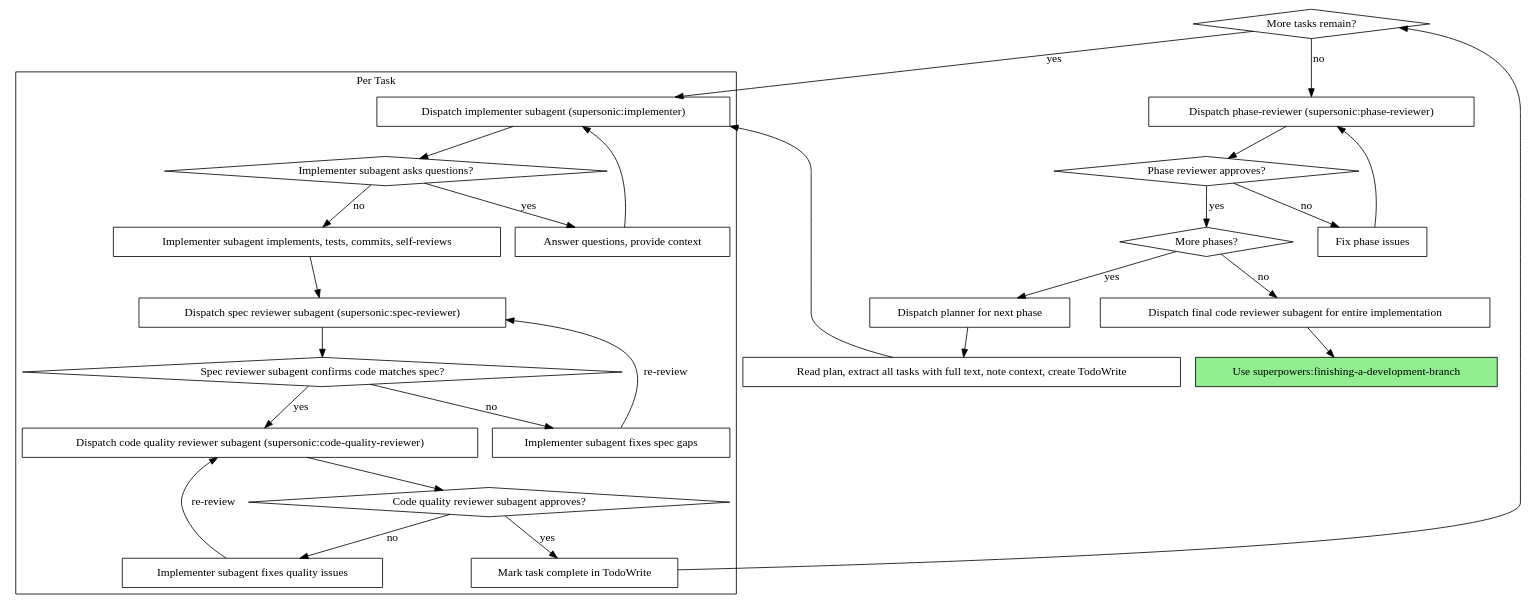
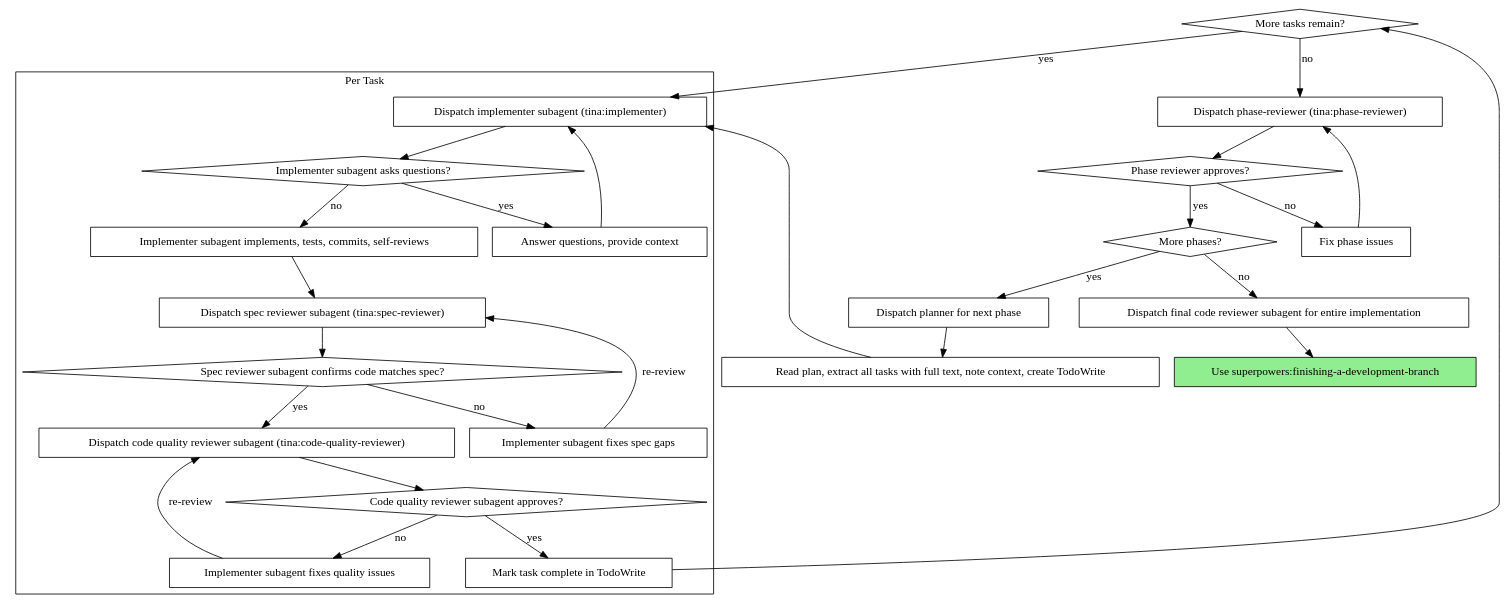
The first of 2 diagrams in skills/executing-plans/SKILL.md (joshuabates/tina), drawn with Graphviz before and after one commit. The commit also changed other lines of this file and 10 other files, not shown here.

First line of the commit message:
refactor: rename plugin from supersonic to tina

````diff
--- a/skills/executing-plans/SKILL.md
+++ b/skills/executing-plans/SKILL.md
@@ -20,56 +20,56 @@
 ```dot
 digraph process {
     rankdir=TB;
 
     subgraph cluster_per_task {
         label="Per Task";
-        "Dispatch implementer subagent (supersonic:implementer)" [shape=box];
+        "Dispatch implementer subagent (tina:implementer)" [shape=box];
         "Implementer subagent asks questions?" [shape=diamond];
         "Answer questions, provide context" [shape=box];
         "Implementer subagent implements, tests, commits, self-reviews" [shape=box];
-        "Dispatch spec reviewer subagent (supersonic:spec-reviewer)" [shape=box];
+        "Dispatch spec reviewer subagent (tina:spec-reviewer)" [shape=box];
         "Spec reviewer subagent confirms code matches spec?" [shape=diamond];
         "Implementer subagent fixes spec gaps" [shape=box];
-        "Dispatch code quality reviewer subagent (supersonic:code-quality-reviewer)" [shape=box];
+        "Dispatch code quality reviewer subagent (tina:code-quality-reviewer)" [shape=box];
         "Code quality reviewer subagent approves?" [shape=diamond];
         "Implementer subagent fixes quality issues" [shape=box];
         "Mark task complete in TodoWrite" [shape=box];
     }
 
     "Read plan, extract all tasks with full text, note context, create TodoWrite" [shape=box];
     "More tasks remain?" [shape=diamond];
-    "Dispatch phase-reviewer (supersonic:phase-reviewer)" [shape=box];
+    "Dispatch phase-reviewer (tina:phase-reviewer)" [shape=box];
     "Phase reviewer approves?" [shape=diamond];
     "Fix phase issues" [shape=box];
     "More phases?" [shape=diamond];
     "Dispatch planner for next phase" [shape=box];
     "Dispatch final code reviewer subagent for entire implementation" [shape=box];
     "Use superpowers:finishing-a-development-branch" [shape=box style=filled fillcolor=lightgreen];
 
-    "Read plan, extract all tasks with full text, note context, create TodoWrite" -> "Dispatch implementer subagent (supersonic:implementer)";
-    "Dispatch implementer subagent (supersonic:implementer)" -> "Implementer subagent asks questions?";
+    "Read plan, extract all tasks with full text, note context, create TodoWrite" -> "Dispatch implementer subagent (tina:implementer)";
+    "Dispatch implementer subagent (tina:implementer)" -> "Implementer subagent asks questions?";
     "Implementer subagent asks questions?" -> "Answer questions, provide context" [label="yes"];
-    "Answer questions, provide context" -> "Dispatch implementer subagent (supersonic:implementer)";
+    "Answer questions, provide context" -> "Dispatch implementer subagent (tina:implementer)";
     "Implementer subagent asks questions?" -> "Implementer subagent implements, tests, commits, self-reviews" [label="no"];
-    "Implementer subagent implements, tests, commits, self-reviews" -> "Dispatch spec reviewer subagent (supersonic:spec-reviewer)";
-    "Dispatch spec reviewer subagent (supersonic:spec-reviewer)" -> "Spec reviewer subagent confirms code matches spec?";
+    "Implementer subagent implements, tests, commits, self-reviews" -> "Dispatch spec reviewer subagent (tina:spec-reviewer)";
+    "Dispatch spec reviewer subagent (tina:spec-reviewer)" -> "Spec reviewer subagent confirms code matches spec?";
     "Spec reviewer subagent confirms code matches spec?" -> "Implementer subagent fixes spec gaps" [label="no"];
-    "Implementer subagent fixes spec gaps" -> "Dispatch spec reviewer subagent (supersonic:spec-reviewer)" [label="re-review"];
-    "Spec reviewer subagent confirms code matches spec?" -> "Dispatch code quality reviewer subagent (supersonic:code-quality-reviewer)" [label="yes"];
-    "Dispatch code quality reviewer subagent (supersonic:code-quality-reviewer)" -> "Code quality reviewer subagent approves?";
+    "Implementer subagent fixes spec gaps" -> "Dispatch spec reviewer subagent (tina:spec-reviewer)" [label="re-review"];
+    "Spec reviewer subagent confirms code matches spec?" -> "Dispatch code quality reviewer subagent (tina:code-quality-reviewer)" [label="yes"];
+    "Dispatch code quality reviewer subagent (tina:code-quality-reviewer)" -> "Code quality reviewer subagent approves?";
     "Code quality reviewer subagent approves?" -> "Implementer subagent fixes quality issues" [label="no"];
-    "Implementer subagent fixes quality issues" -> "Dispatch code quality reviewer subagent (supersonic:code-quality-reviewer)" [label="re-review"];
+    "Implementer subagent fixes quality issues" -> "Dispatch code quality reviewer subagent (tina:code-quality-reviewer)" [label="re-review"];
     "Code quality reviewer subagent approves?" -> "Mark task complete in TodoWrite" [label="yes"];
     "Mark task complete in TodoWrite" -> "More tasks remain?";
-    "More tasks remain?" -> "Dispatch implementer subagent (supersonic:implementer)" [label="yes"];
-    "More tasks remain?" -> "Dispatch phase-reviewer (supersonic:phase-reviewer)" [label="no"];
-    "Dispatch phase-reviewer (supersonic:phase-reviewer)" -> "Phase reviewer approves?";
+    "More tasks remain?" -> "Dispatch implementer subagent (tina:implementer)" [label="yes"];
+    "More tasks remain?" -> "Dispatch phase-reviewer (tina:phase-reviewer)" [label="no"];
+    "Dispatch phase-reviewer (tina:phase-reviewer)" -> "Phase reviewer approves?";
     "Phase reviewer approves?" -> "Fix phase issues" [label="no"];
-    "Fix phase issues" -> "Dispatch phase-reviewer (supersonic:phase-reviewer)";
+    "Fix phase issues" -> "Dispatch phase-reviewer (tina:phase-reviewer)";
     "Phase reviewer approves?" -> "More phases?" [label="yes"];
     "More phases?" -> "Dispatch planner for next phase" [label="yes"];
     "More phases?" -> "Dispatch final code reviewer subagent for entire implementation" [label="no"];
     "Dispatch planner for next phase" -> "Read plan, extract all tasks with full text, note context, create TodoWrite";
     "Dispatch final code reviewer subagent for entire implementation" -> "Use superpowers:finishing-a-development-branch";
 }
 ```
````
